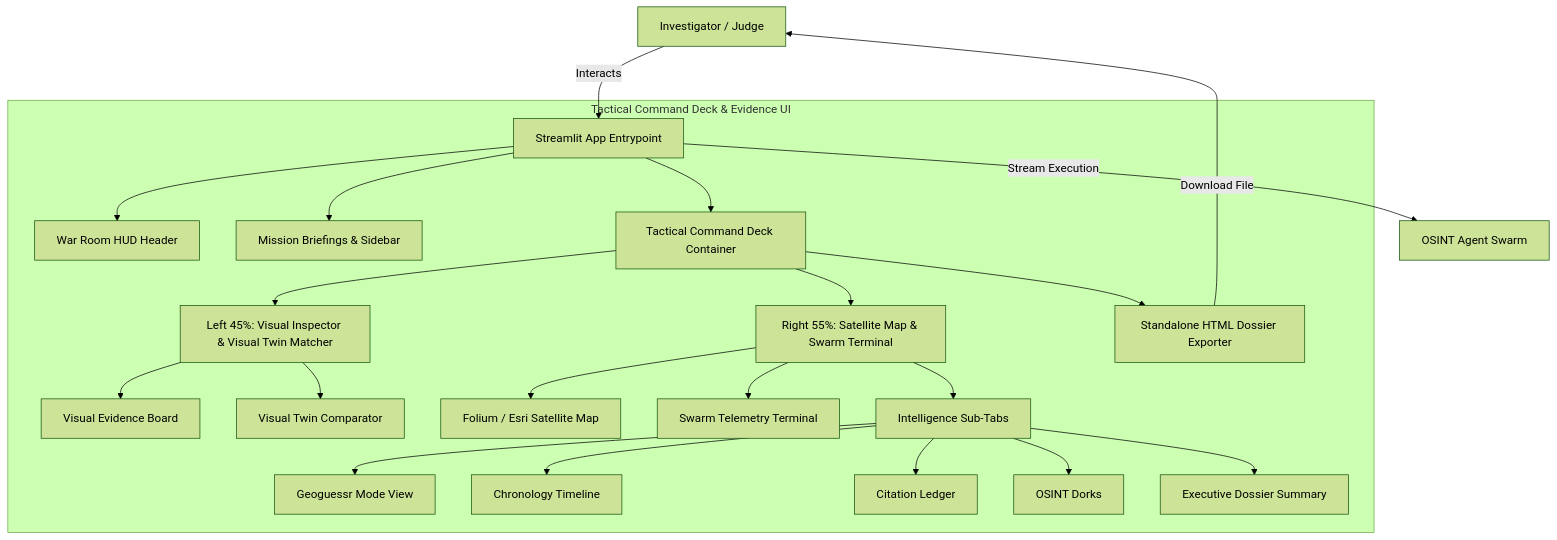
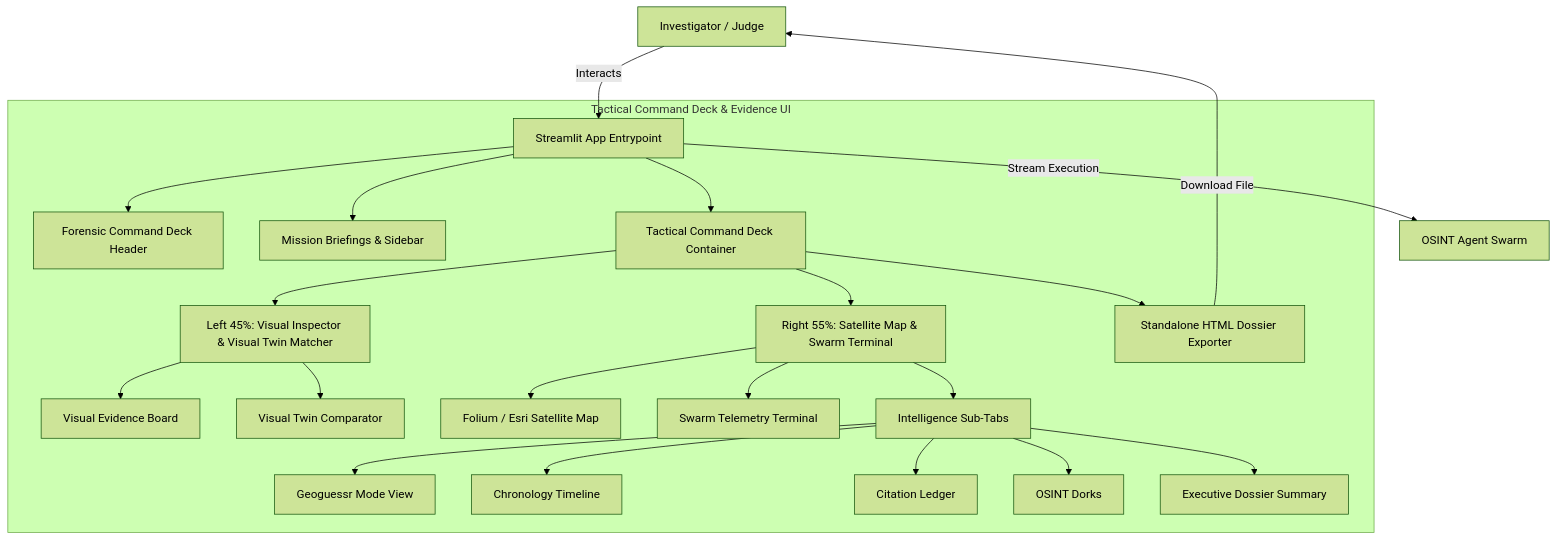
One commit to Siddhant75/TerraSleuth changed the diagram in C4-Documentation/c4-component-tactical-command-deck-ui.md. Above: the diagram before and after it, drawn with Mermaid (forest theme). The commit also changed other lines of this file and 28 other files, not shown here.

Commit message:
docs(readme): overhaul architecture with LangChain and LangGraph showcase, directory map, and institutional terminology (Task 8.16)

````diff
--- a/C4-Documentation/c4-component-tactical-command-deck-ui.md
+++ b/C4-Documentation/c4-component-tactical-command-deck-ui.md
@@ -61,31 +61,31 @@
 ```mermaid
 graph TD
     User[Investigator / Judge] -->|Interacts| App[Streamlit App Entrypoint]
     
     subgraph UI[Tactical Command Deck & Evidence UI]
-        App --> Header[War Room HUD Header]
+        App --> Header[Forensic Command Deck Header]
         App --> Briefing[Mission Briefings & Sidebar]
         App --> Deck[Tactical Command Deck Container]
         
         Deck --> SplitLeft[Left 45%: Visual Inspector & Visual Twin Matcher]
         Deck --> SplitRight[Right 55%: Satellite Map & Swarm Terminal]
         
         SplitLeft --> BBox[Visual Evidence Board]
         SplitLeft --> Twin[Visual Twin Comparator]
         
         SplitRight --> Map[Folium / Esri Satellite Map]
         SplitRight --> Terminal[Swarm Telemetry Terminal]
         SplitRight --> Tabs[Intelligence Sub-Tabs]
         
         Tabs --> Geoguessr[Geoguessr Mode View]
         Tabs --> Timeline[Chronology Timeline]
         Tabs --> Citations[Citation Ledger]
         Tabs --> Dorks[OSINT Dorks]
         Tabs --> Dossier[Executive Dossier Summary]
         
         Deck --> Exporter[Standalone HTML Dossier Exporter]
     end
     
     App -->|Stream Execution| Swarm[OSINT Agent Swarm]
     Exporter -->|Download File| User
 ```
````
